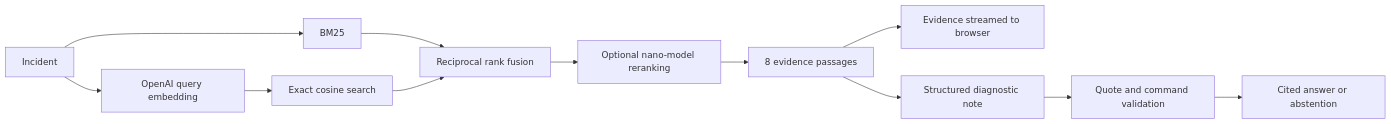
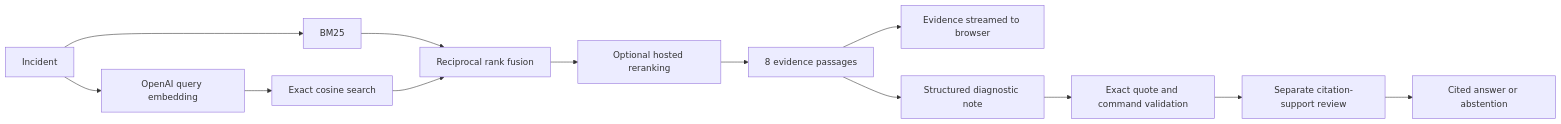
The diagram in README.md (BhaveshY/runbook-rag), drawn with Mermaid before and after one commit. The commit also changed other lines of this file and 18 other files, not shown here.

Commit message:
Polish investigation flows and publish verified Luna project documentation

````diff
--- a/README.md
+++ b/README.md
@@ -54,14 +55,15 @@
 ```mermaid
 flowchart LR
     Q[Incident] --> B[BM25]
     Q --> E[OpenAI query embedding]
     E --> D[Exact cosine search]
     B --> F[Reciprocal rank fusion]
     D --> F
-    F --> R[Optional nano-model reranking]
+    F --> R[Optional hosted reranking]
     R --> C[8 evidence passages]
     C --> UI[Evidence streamed to browser]
     C --> G[Structured diagnostic note]
-    G --> V[Quote and command validation]
-    V --> A[Cited answer or abstention]
+    G --> V[Exact quote and command validation]
+    V --> S[Separate citation-support review]
+    S --> A[Cited answer or abstention]
 ```
````
